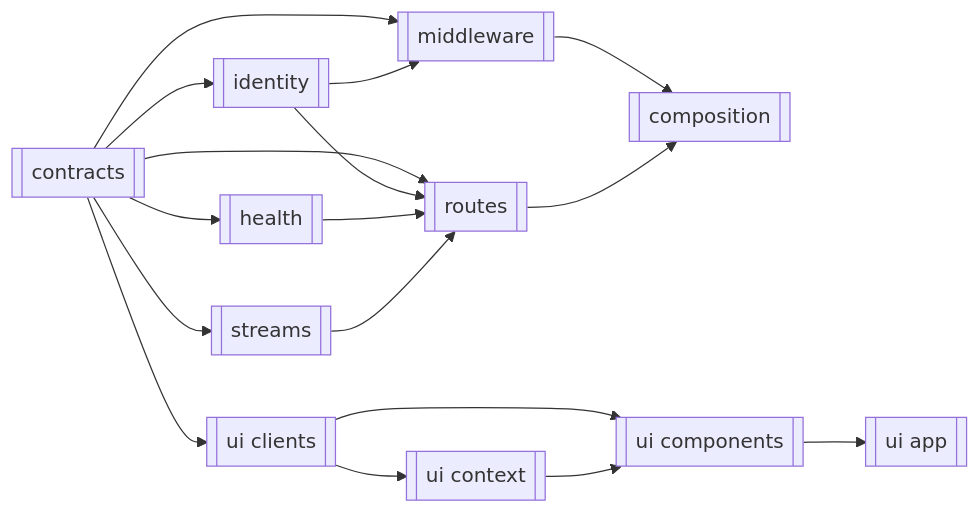
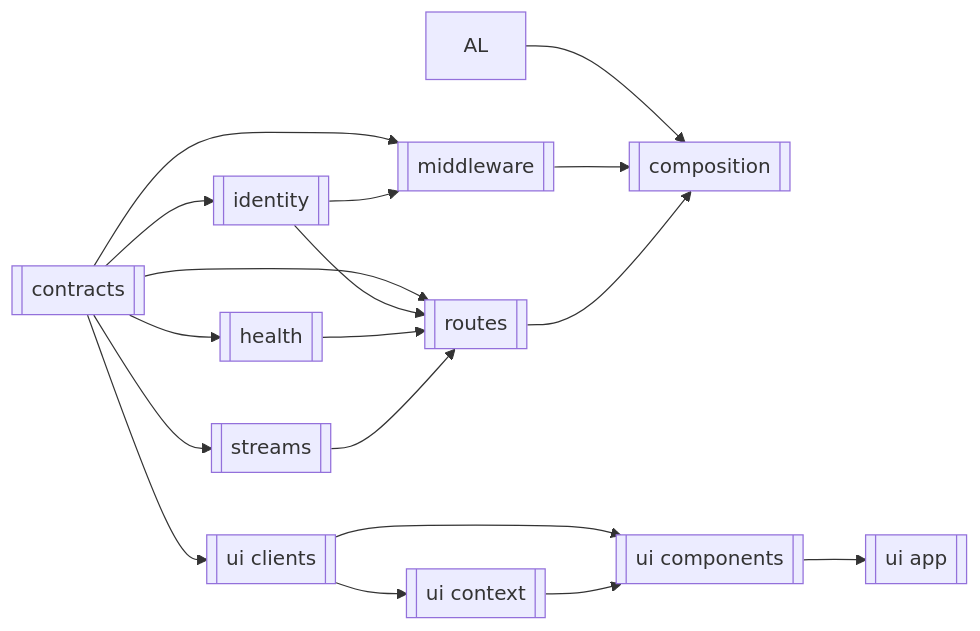
One commit to haruperi/HaruQuantAI changed the second of 4 diagrams in app/services/api/README.md. Above: the diagram before and after it, drawn with Mermaid. The commit also changed other lines of this file and 31 other files, not shown here.

````diff
--- a/app/services/api/README.md
+++ b/app/services/api/README.md
@@ -290,19 +305,20 @@
 ```mermaid
 flowchart LR
     C[[contracts]] --> I[[identity]]
     C --> M[[middleware]]
     C --> H[[health]]
     C --> S[[streams]]
     I --> M
     C --> R[[routes]]
     I --> R
     H --> R
     S --> R
+    AL --> A[[composition]]
     M --> A[[composition]]
     R --> A
     C --> FC[[ui clients]]
     FC --> CX[[ui context]]
     FC --> CP[[ui components]]
     CX --> CP
     CP --> P[[ui app]]
 ```
````
